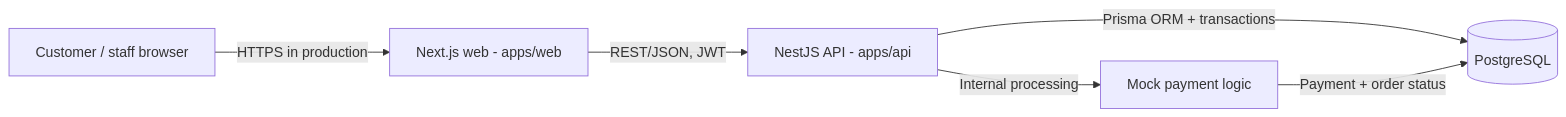
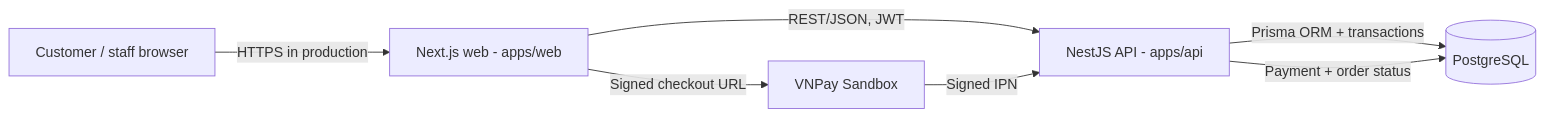
One commit to ncd426/BrewLite-2 changed the diagram in docs/architecture/overview.md. Above: the diagram before and after it, drawn with Mermaid. The commit also changed other lines of this file and 28 other files, not shown here.

Commit message:
fix: align VNPay checkout, idempotency tests and UML docs

````diff
--- a/docs/architecture/overview.md
+++ b/docs/architecture/overview.md
@@ -18,8 +18,9 @@
 ```mermaid
 flowchart LR
     C[Customer / staff browser] -->|HTTPS in production| W[Next.js web - apps/web]
     W -->|REST/JSON, JWT| A[NestJS API - apps/api]
     A -->|Prisma ORM + transactions| D[(PostgreSQL)]
-    A -->|Internal processing| M[Mock payment logic]
-    M -->|Payment + order status| D
+    W -->|Signed checkout URL| G[VNPay Sandbox]
+    G -->|Signed IPN| A
+    A -->|Payment + order status| D
 ```
````
